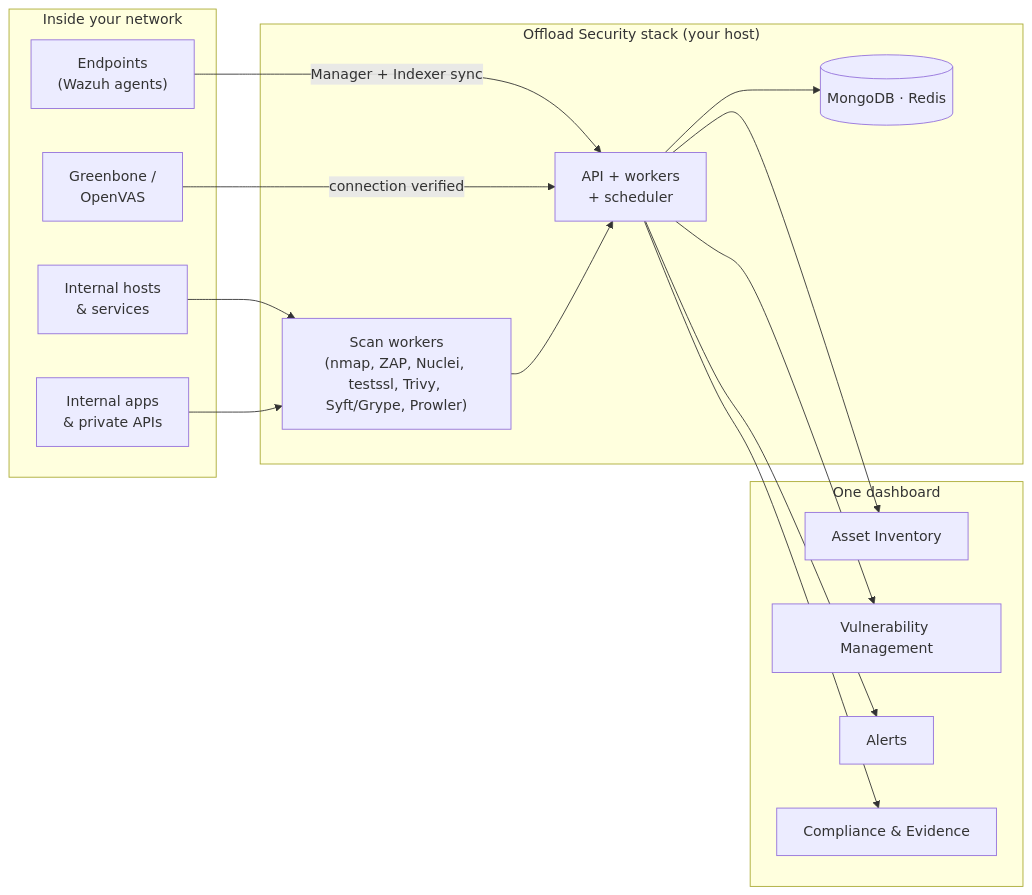
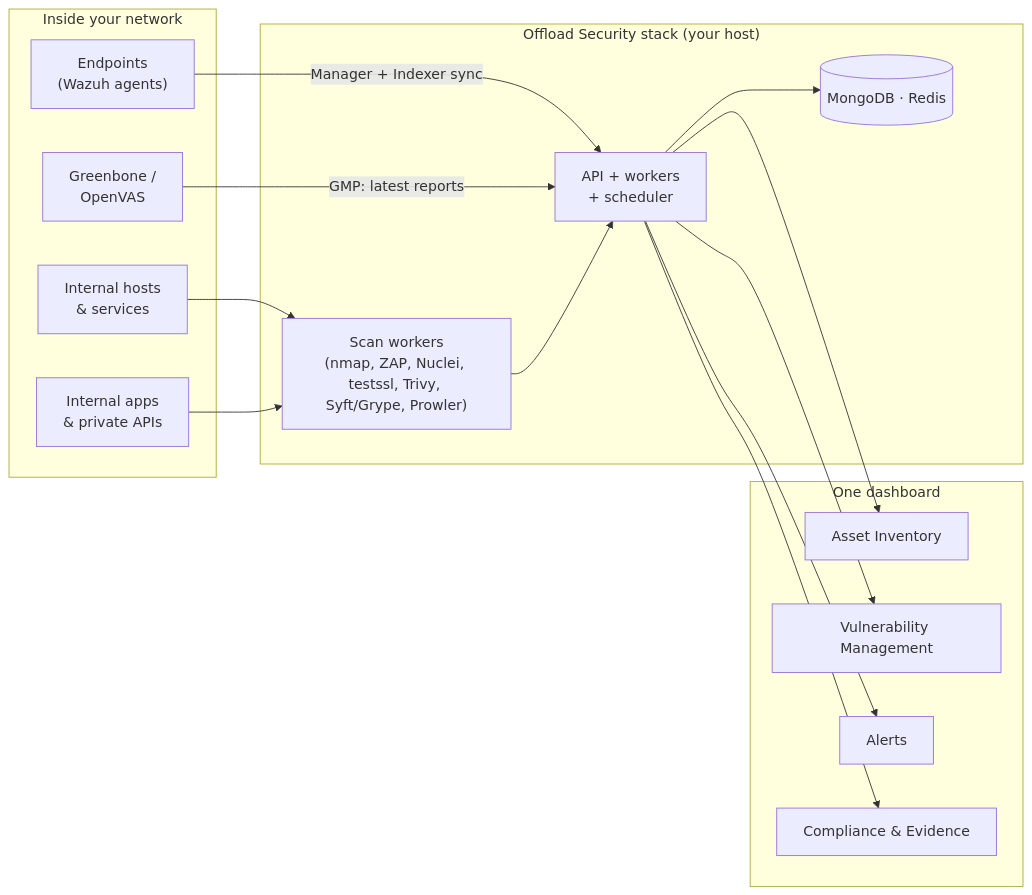
One commit to niteshsaini/offloadsecurity-docs changed the diagram in docs/on-premises/index.mdx. Above: the diagram before and after it, drawn with Mermaid. The commit also changed other lines of this file and 156 other files, not shown here.

````diff
--- a/docs/on-premises/index.mdx
+++ b/docs/on-premises/index.mdx
@@ -40,26 +42,26 @@
 ```mermaid
 flowchart LR
     subgraph Internal["Inside your network"]
         HOSTS["Internal hosts<br/>& services"]
         APPS["Internal apps<br/>& private APIs"]
         EP["Endpoints<br/>(Wazuh agents)"]
         GV["Greenbone /<br/>OpenVAS"]
     end
     subgraph Stack["Offload Security stack (your host)"]
         WK["Scan workers<br/>(nmap, ZAP, Nuclei, testssl, Trivy, Syft/Grype, Prowler)"]
         API["API + workers<br/>+ scheduler"]
         DB[("MongoDB · Redis")]
     end
     subgraph Views["One dashboard"]
         INV["Asset Inventory"]
         VM["Vulnerability Management"]
         AL["Alerts"]
         CMP["Compliance & Evidence"]
     end
     HOSTS --> WK
     APPS --> WK
     EP --> |Manager + Indexer sync| API
-    GV --> |connection verified| API
+    GV --> |GMP: latest reports| API
     WK --> API --> DB
     API --> INV & VM & AL & CMP
 ```
````
